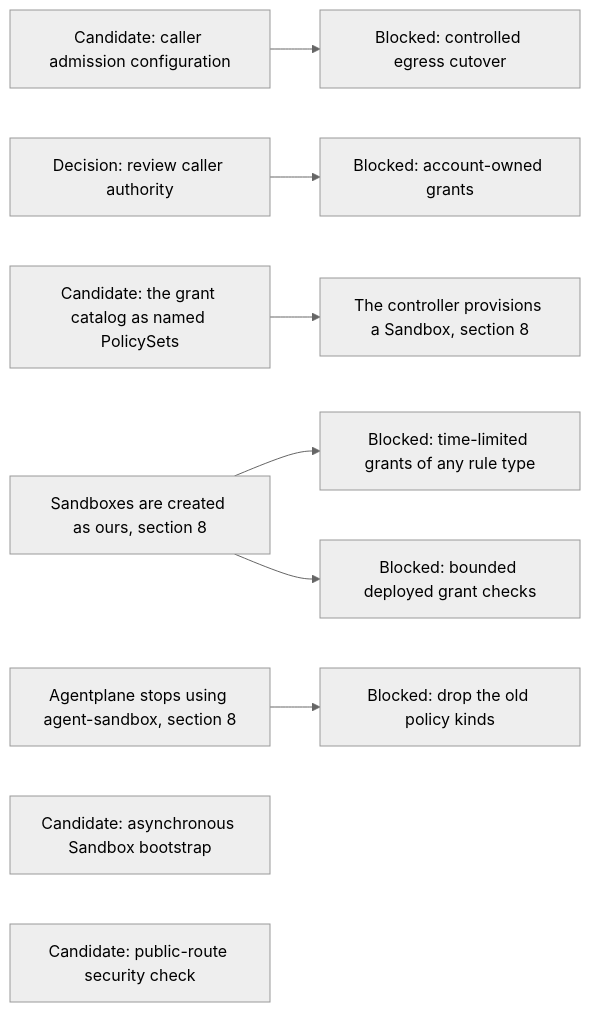
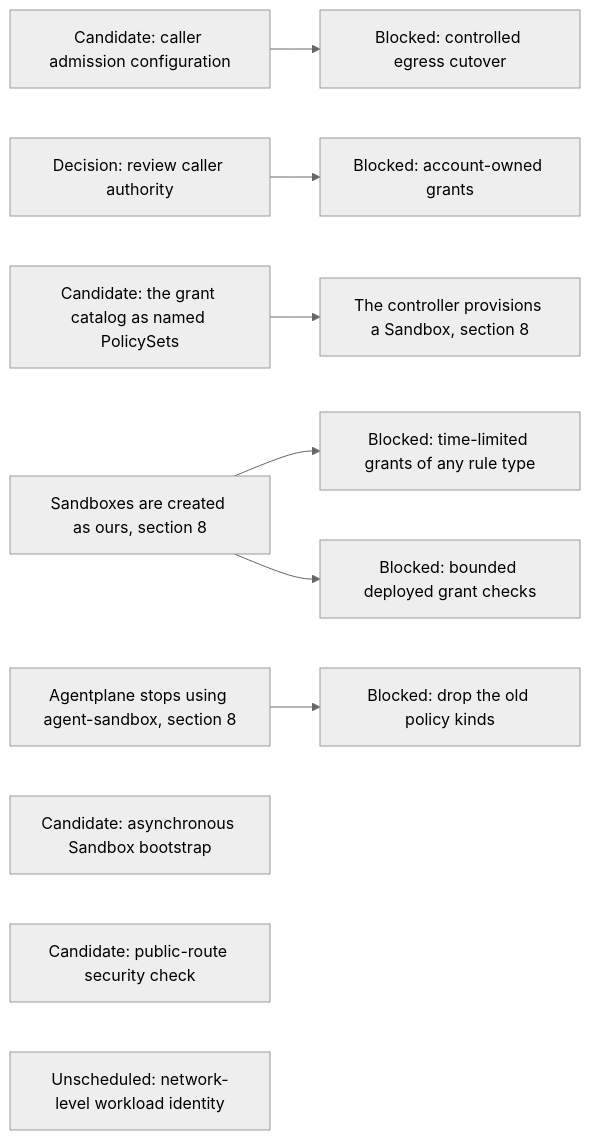
The eighth of 15 diagrams in agentplane/plans/task_dag.md (agentydragon-agent/ducktape), drawn with Mermaid (neutral theme) before and after one commit. The commit also changed other lines of this file, not shown here.

First line of the commit message:
agentplane/plans: network-level workload identity to consider later (#10177)

````diff
--- a/agentplane/plans/task_dag.md
+++ b/agentplane/plans/task_dag.md
@@ -468,13 +468,14 @@
 ```mermaid
 flowchart LR
     PC_EGRESS_CREDENTIALS[Candidate: caller admission configuration] --> PC_EGRESS[Blocked: controlled egress cutover]
     CLAUDE_AI_SA[Decision: review caller authority] --> MANAGED_SA_RBAC[Blocked: account-owned grants]
     KUBERNETES_POLICY_SETS[Candidate: the grant catalog as named PolicySets]
     KUBERNETES_POLICY_SETS --> SANDBOX_CONTROLLER_PROVISIONING[The controller provisions a Sandbox, section 8]
     SANDBOX_CREATE_CUTOVER[Sandboxes are created as ours, section 8] --> POLICY_RUNTIME_GRANTS[Blocked: time-limited grants of any rule type]
     SANDBOX_CREATE_CUTOVER --> SANDBOX_RBAC
     AGENT_SANDBOX_RETIRE[Agentplane stops using agent-sandbox, section 8] --> OLD_POLICY_KINDS_DROP[Blocked: drop the old policy kinds]
     BOOTSTRAP_PROGRESS_CONTRACT[Candidate: asynchronous Sandbox bootstrap]
     SANDBOX_RBAC[Blocked: bounded deployed grant checks]
     NOTIFICATION_INGRESS_BOUNDARY[Candidate: public-route security check]
+    NETWORK_WORKLOAD_IDENTITY[Unscheduled: network-level workload identity]
 ```
````
